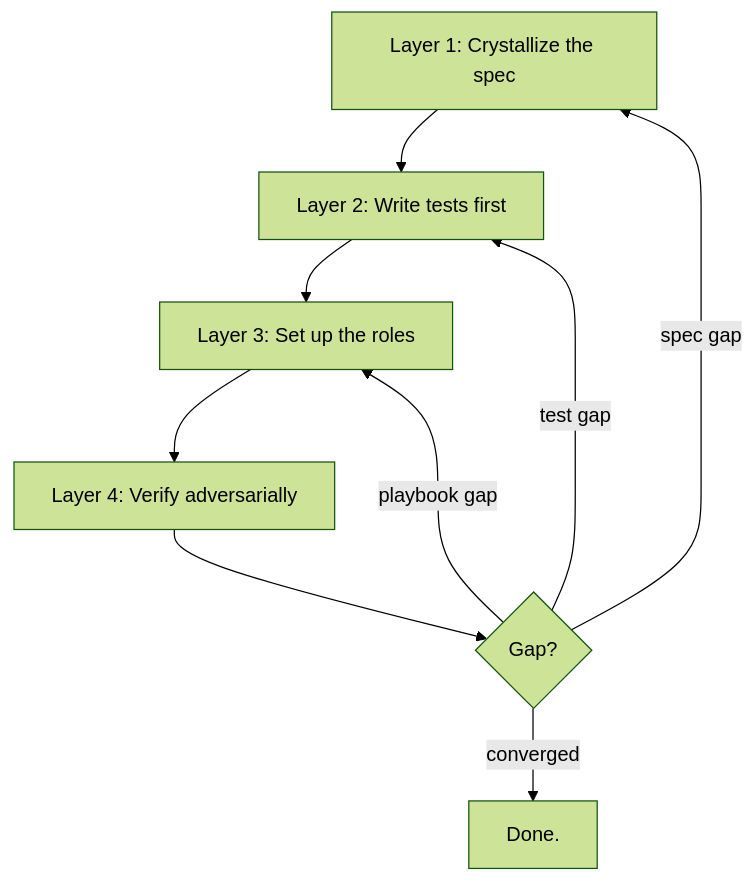
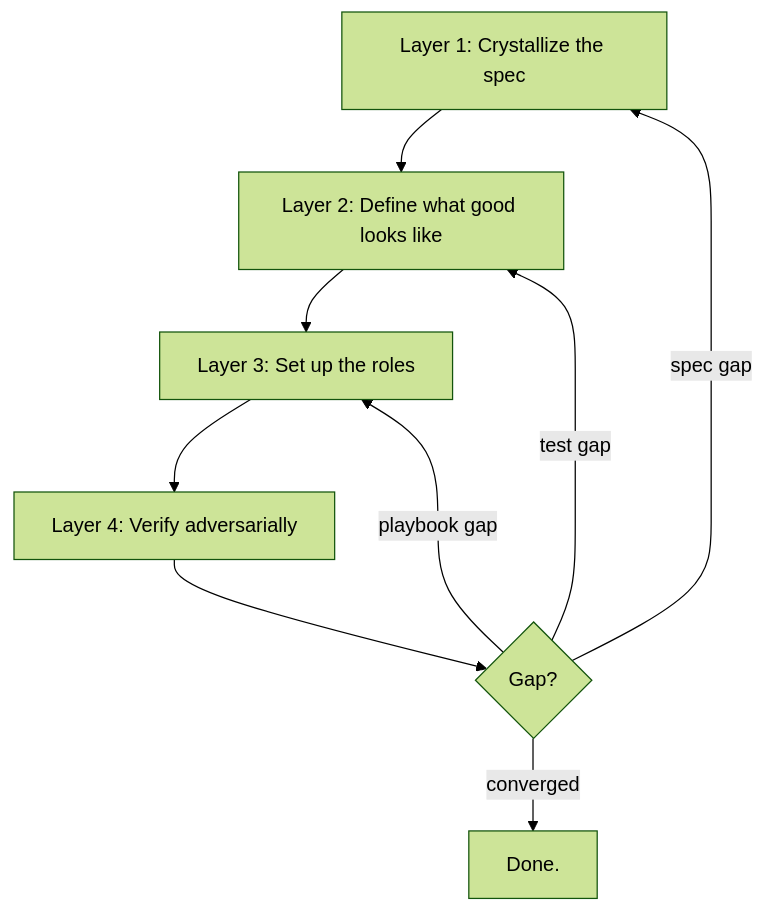
The first of 2 diagrams in src/content/posts/shared-reality.md (grok/sterlinghamilton.com), drawn with Mermaid (forest theme) before and after one commit. The commit also changed other lines of this file, not shown here.

````diff
--- a/src/content/posts/shared-reality.md
+++ b/src/content/posts/shared-reality.md
@@ -118,11 +118,11 @@
 ```mermaid
 flowchart TD
-  A["Layer 1: Crystallize the spec"] --> B["Layer 2: Write tests first"]
+  A["Layer 1: Crystallize the spec"] --> B["Layer 2: Define what good looks like"]
   B --> C["Layer 3: Set up the roles"]
   C --> D["Layer 4: Verify adversarially"]
   D --> E{Gap?}
   E -->|"spec gap"| A
   E -->|"test gap"| B
   E -->|"playbook gap"| C
   E -->|"converged"| F["Done."]
 ```
````
